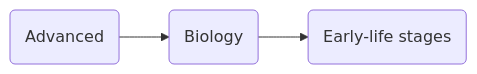
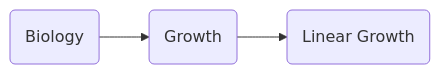
One commit to ichthyop/ichthyop-practical-session changed the fourth of 7 diagrams in ichthyop-training.qmd. Above: the diagram before and after it, drawn with Mermaid. The commit also changed other lines of this file and 3 other files, not shown here.

````diff
--- a/ichthyop-training.qmd
+++ b/ichthyop-training.qmd
@@ -218,8 +221,8 @@
 ```{mermaid}
 flowchart LR
-id1(Advanced)
-id2(Biology)
-id3(Early-life stages)
+id1(Biology)
+id2(Growth)
+id3(Linear Growth)
 id1 --> id2
 id2 --> id3
 ```
````
